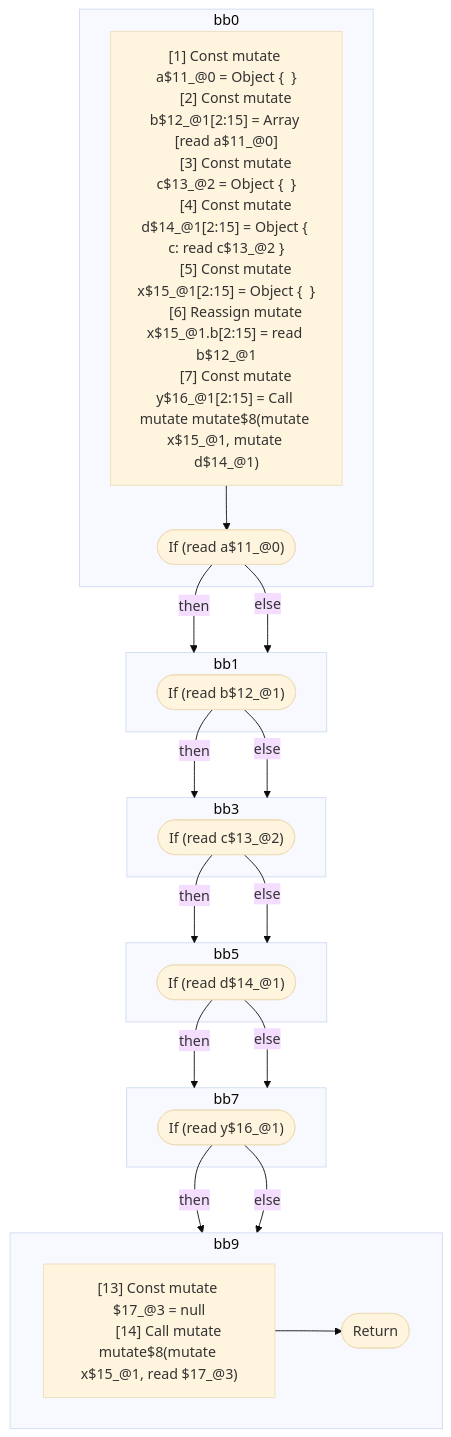
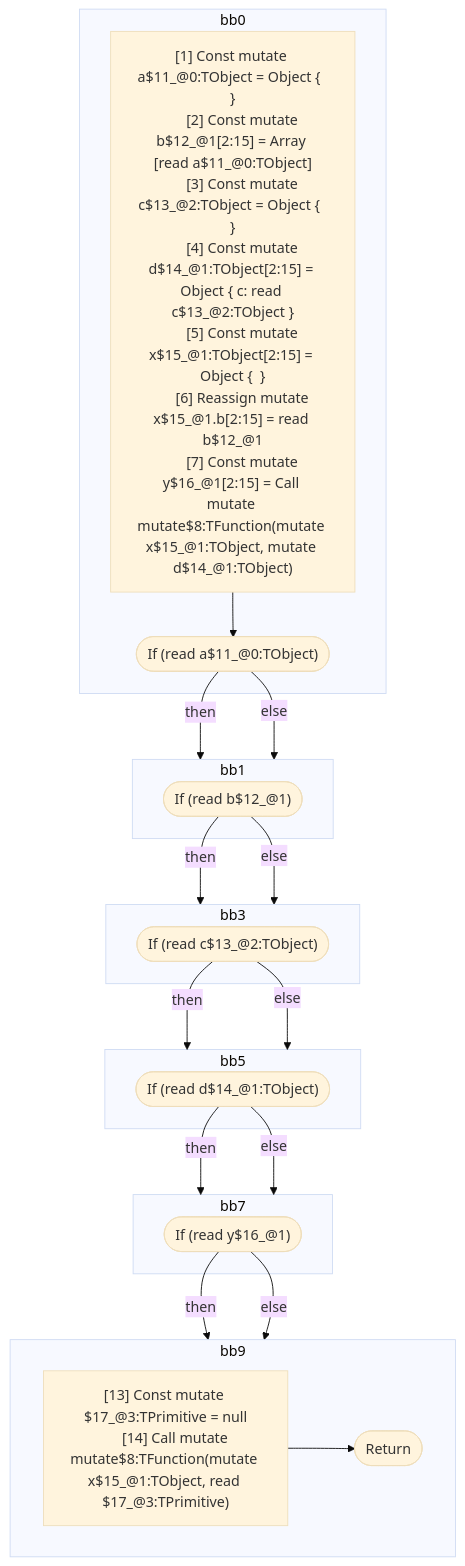
The second of 2 diagrams in compiler/forget/src/__tests__/fixtures/hir/mutable-lifetime-with-aliasing.expect.md (wutsmog/private), drawn with Mermaid (base theme) before and after one commit. The commit also changed other lines of this file and 112 other files, not shown here.

````diff
--- a/compiler/forget/src/__tests__/fixtures/hir/mutable-lifetime-with-aliasing.expect.md
+++ b/compiler/forget/src/__tests__/fixtures/hir/mutable-lifetime-with-aliasing.expect.md
@@ -149,48 +149,48 @@
 ```mermaid
 flowchart TB
   %% Basic Blocks
   subgraph bb0
     bb0_instrs["
-      [1] Const mutate a$11_@0 = Object {  }
-      [2] Const mutate b$12_@1[2:15] = Array [read a$11_@0]
-      [3] Const mutate c$13_@2 = Object {  }
-      [4] Const mutate d$14_@1[2:15] = Object { c: read c$13_@2 }
-      [5] Const mutate x$15_@1[2:15] = Object {  }
+      [1] Const mutate a$11_@0:TObject = Object {  }
+      [2] Const mutate b$12_@1[2:15] = Array [read a$11_@0:TObject]
+      [3] Const mutate c$13_@2:TObject = Object {  }
+      [4] Const mutate d$14_@1:TObject[2:15] = Object { c: read c$13_@2:TObject }
+      [5] Const mutate x$15_@1:TObject[2:15] = Object {  }
       [6] Reassign mutate x$15_@1.b[2:15] = read b$12_@1
-      [7] Const mutate y$16_@1[2:15] = Call mutate mutate$8(mutate x$15_@1, mutate d$14_@1)
+      [7] Const mutate y$16_@1[2:15] = Call mutate mutate$8:TFunction(mutate x$15_@1:TObject, mutate d$14_@1:TObject)
     "]
-    bb0_instrs --> bb0_terminal(["If (read a$11_@0)"])
+    bb0_instrs --> bb0_terminal(["If (read a$11_@0:TObject)"])
   end
   subgraph bb1
     bb1_terminal(["If (read b$12_@1)"])
   end
   subgraph bb3
-    bb3_terminal(["If (read c$13_@2)"])
+    bb3_terminal(["If (read c$13_@2:TObject)"])
   end
   subgraph bb5
-    bb5_terminal(["If (read d$14_@1)"])
+    bb5_terminal(["If (read d$14_@1:TObject)"])
   end
   subgraph bb7
     bb7_terminal(["If (read y$16_@1)"])
   end
   subgraph bb9
     bb9_instrs["
-      [13] Const mutate $17_@3 = null
-      [14] Call mutate mutate$8(mutate x$15_@1, read $17_@3)
+      [13] Const mutate $17_@3:TPrimitive = null
+      [14] Call mutate mutate$8:TFunction(mutate x$15_@1:TObject, read $17_@3:TPrimitive)
     "]
     bb9_instrs --> bb9_terminal(["Return"])
   end
 
   %% Jumps
   bb0_terminal -- "then" --> bb1
   bb0_terminal -- "else" --> bb1
   bb1_terminal -- "then" --> bb3
   bb1_terminal -- "else" --> bb3
   bb3_terminal -- "then" --> bb5
   bb3_terminal -- "else" --> bb5
   bb5_terminal -- "then" --> bb7
   bb5_terminal -- "else" --> bb7
   bb7_terminal -- "then" --> bb9
   bb7_terminal -- "else" --> bb9
 
 ```
````
